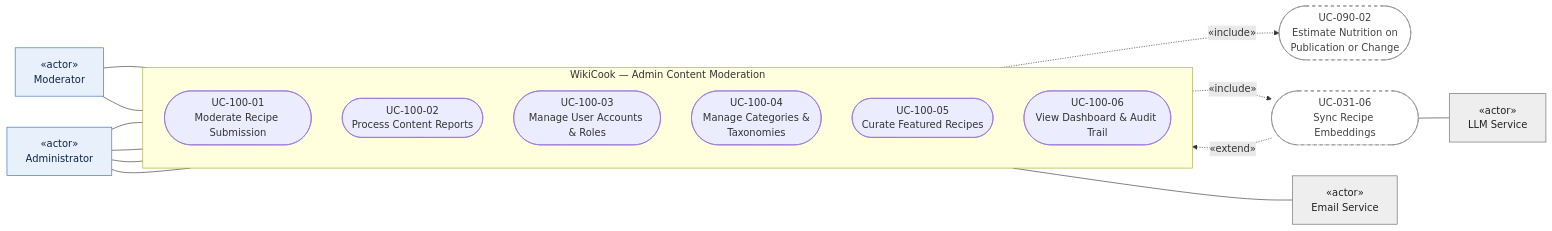
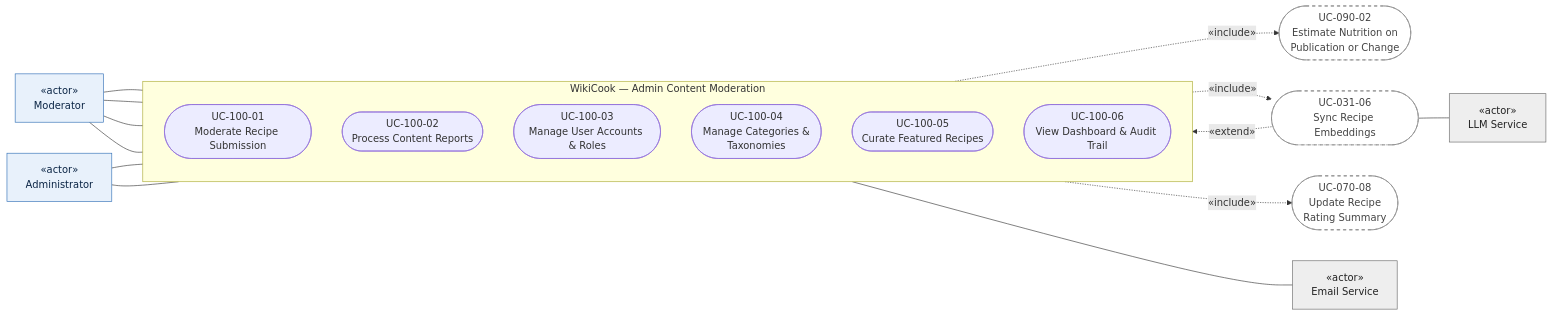
Diagram 12 of 13 in docs/requirements/use-case-model.md (ThanhDu14/WikiCook), drawn with Mermaid before and after one commit. The commit also changed other lines of this file, not shown here.

````diff
--- a/docs/requirements/use-case-model.md
+++ b/docs/requirements/use-case-model.md
@@ -552,40 +609,42 @@
 ```mermaid
 flowchart LR
     MOD["«actor»<br/>Moderator"]
     ADMIN["«actor»<br/>Administrator"]
 
     subgraph SYS["WikiCook — Admin Content Moderation"]
         direction TB
         UC100_01(["UC-100-01<br/>Moderate Recipe Submission"])
         UC100_02(["UC-100-02<br/>Process Content Reports"])
         UC100_03(["UC-100-03<br/>Manage User Accounts & Roles"])
         UC100_04(["UC-100-04<br/>Manage Categories &<br/>Taxonomies"])
         UC100_05(["UC-100-05<br/>Curate Featured Recipes"])
         UC100_06(["UC-100-06<br/>View Dashboard & Audit Trail"])
     end
 
     UC090_02(["UC-090-02<br/>Estimate Nutrition on<br/>Publication or Change"])
     UC031_06(["UC-031-06<br/>Sync Recipe Embeddings"])
+    UC070_08(["UC-070-08<br/>Update Recipe<br/>Rating Summary"])
     LLM["«actor»<br/>LLM Service"]
     EMAIL["«actor»<br/>Email Service"]
 
     MOD --- UC100_01
     MOD --- UC100_02
-    ADMIN --- UC100_03
+    MOD --- UC100_03
+    MOD --- UC100_06
     ADMIN --- UC100_04
     ADMIN --- UC100_05
-    ADMIN --- UC100_06
     UC100_03 --- EMAIL
     UC031_06 --- LLM
 
     UC100_01 -. "«include»" .-> UC090_02
     UC100_01 -. "«include»" .-> UC031_06
     UC031_06 -. "«extend»" .-> UC100_02
+    UC100_02 -. "«include»" .-> UC070_08
 
     classDef actor fill:#e8f1fb,stroke:#2f6db5,color:#0b2545
     classDef system fill:#eeeeee,stroke:#666666,color:#222222
     classDef external fill:#ffffff,stroke:#888888,stroke-dasharray:5 5,color:#444444
     class MOD,ADMIN actor
     class LLM,EMAIL system
-    class UC090_02,UC031_06 external
+    class UC090_02,UC031_06,UC070_08 external
 ```
````
